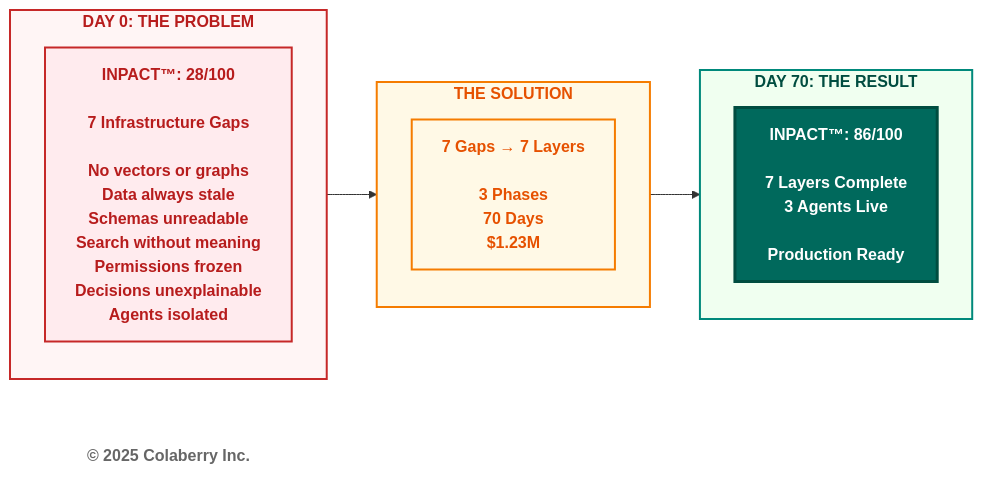
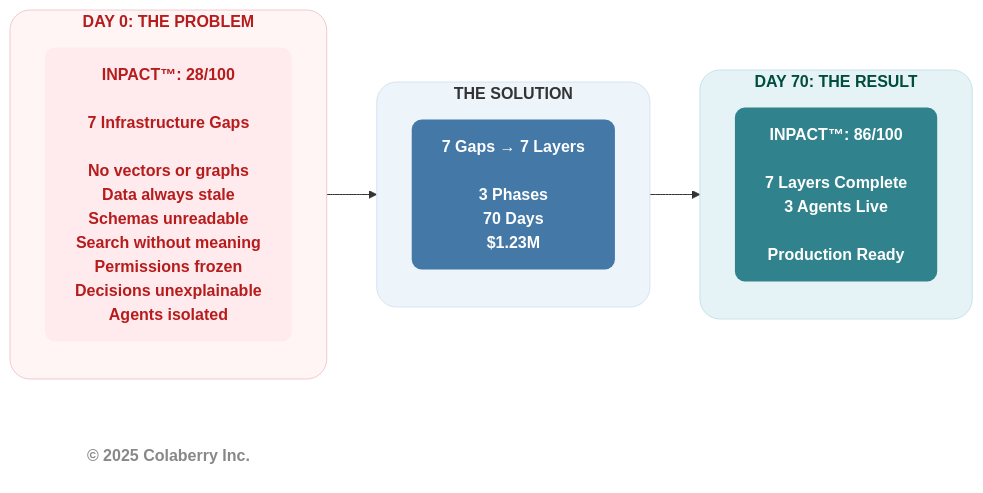
The first of 4 diagrams in manuscript/04_chapter_3_from_bi_to_agent.md (saitejesh-cyber/trust-before-intelligence-book), drawn with Mermaid before and after one commit. The commit also changed other lines of this file and 4 other files, not shown here.

Commit message:
Chapter 1to5: Updated mermaid diagrams based on new colaberry color code

````diff
--- a/manuscript/04_chapter_3_from_bi_to_agent.md
+++ b/manuscript/04_chapter_3_from_bi_to_agent.md
@@ -29,36 +29,36 @@
 ```mermaid
 graph LR
     subgraph BEFORE["<b>DAY 0: THE PROBLEM</b>"]
         direction TB
         B1["<b>INPACT™: 28/100</b><br/><br/><b>7 Infrastructure Gaps</b><br/><br/><b>No vectors or graphs</b><br/><b>Data always stale</b><br/><b>Schemas unreadable</b><br/><b>Search without meaning</b><br/><b>Permissions frozen</b><br/><b>Decisions unexplainable</b><br/><b>Agents isolated</b>"]
     end
     
     subgraph SOLUTION["<b>THE SOLUTION</b>"]
         direction TB
         S1["<b>7 Gaps → 7 Layers</b><br/><br/><b>3 Phases</b><br/><b>70 Days</b><br/><b>$1.23M</b>"]
     end
     
     subgraph AFTER["<b>DAY 70: THE RESULT</b>"]
         direction TB
         A1["<b>INPACT™: 86/100</b><br/><br/><b>7 Layers Complete</b><br/><b>3 Agents Live</b><br/><br/><b>Production Ready</b>"]
     end
     
     Copyright["<b>© 2025 Colaberry Inc.</b>"]
     
     BEFORE --> SOLUTION --> AFTER
-    
-    %% RED - Problems/Old Era (Day 0 with gaps)
-    style BEFORE fill:#fff5f5,stroke:#c62828,stroke-width:2px,color:#b71c1c
-    style B1 fill:#ffebee,stroke:#c62828,stroke-width:2px,color:#b71c1c
-    
-    %% ORANGE - Transition/Solution
-    style SOLUTION fill:#fff9e6,stroke:#f57c00,stroke-width:2px,color:#e65100
-    style S1 fill:#fff9e6,stroke:#f57c00,stroke-width:2px,color:#e65100
-    
-    %% TEAL - Success/Result (Day 70)
-    style AFTER fill:#f0fff0,stroke:#00897b,stroke-width:2px,color:#004d40
-    style A1 fill:#00695c,color:#ffffff,stroke:#004d40,stroke-width:3px
-    
-    %% Copyright
-    style Copyright fill:#ffffff,stroke:none,color:#666666
+
+    %% 🔴 FAILURE / BI-ERA
+    style BEFORE fill:#fff5f5,stroke:#f2caca,stroke-width:1px,color:#b71c1c,rx:20,ry:20
+    style B1 fill:#ffebee,stroke:none,color:#b71c1c,rx:10,ry:10
+
+    %% 🔵 TRANSFORMATION / CHANGE
+    style SOLUTION fill:#edf4fa,stroke:#d6e4f2,stroke-width:1px,color:#333333,rx:20,ry:20
+    style S1 fill:#4478A6,stroke:none,color:#ffffff,rx:10,ry:10
+
+    %% 🟢 TRUSTED / INPACT™-FULFILLED
+    style AFTER fill:#e6f3f6,stroke:#c7e3ea,stroke-width:1px,color:#004d40,rx:20,ry:20
+    style A1 fill:#30838C,stroke:none,color:#ffffff,rx:10,ry:10
+
+    %% FOOTER
+    style Copyright fill:none,stroke:none,color:#888888
 ```
````
